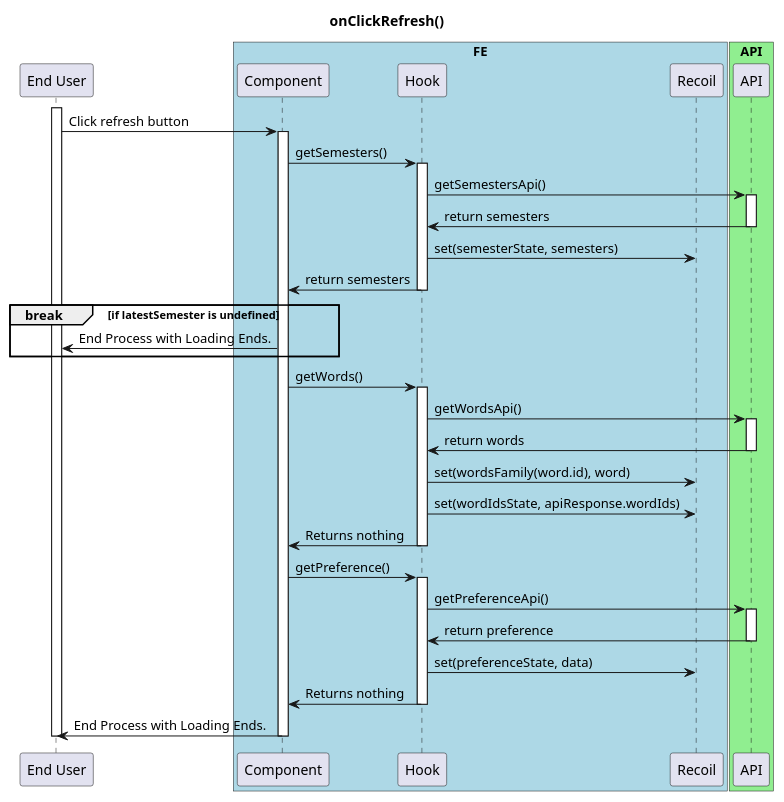
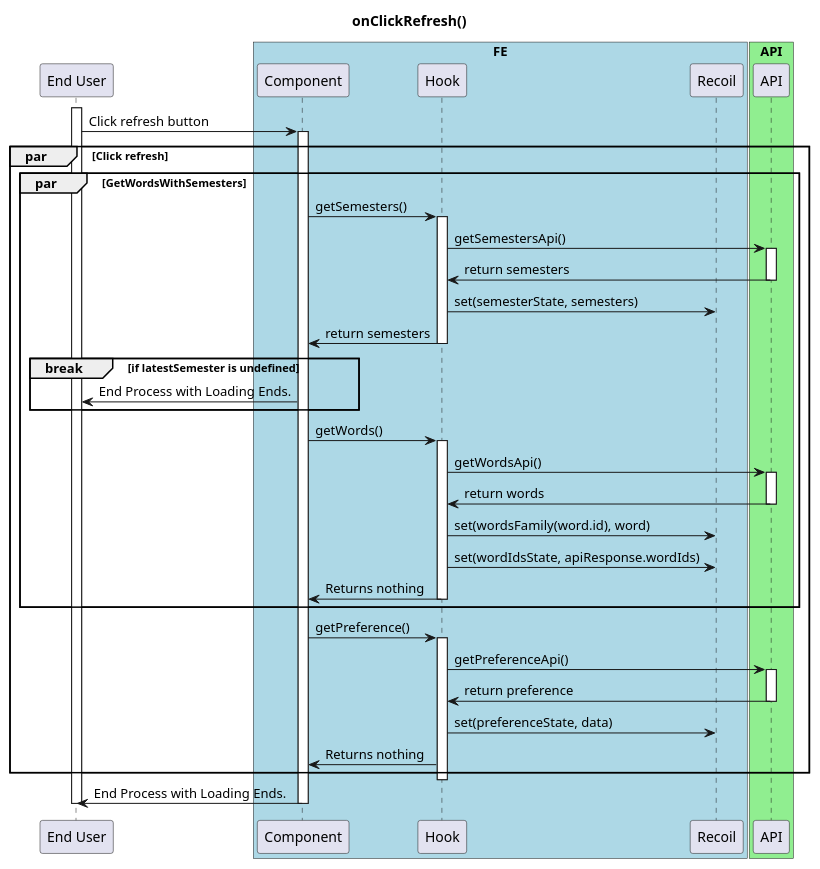
The diagram in dev/diagrams/on-click-refresh-button.md (ajktown/docs), drawn with PlantUML before and after one commit.

Commit message:
Doc click refresh button changed

````diff
--- a/dev/diagrams/on-click-refresh-button.md
+++ b/dev/diagrams/on-click-refresh-button.md
@@ -16,56 +16,60 @@
 ```plantuml
 
 @startuml
 
 title onClickRefresh()
 
 participant "End User" as user
 
 box "FE" #Lightblue
   participant "Component" as fe
   participant "Hook" as hook
   participant "Recoil" as recoil
 box
 box "API" #Lightgreen
   participant "API" as api
 box
 
 
 activate user
   user -> fe: Click refresh button
+  Par Click refresh
+  Par GetWordsWithSemesters
   activate fe
   fe -> hook: getSemesters()
     activate hook
       hook -> api: getSemestersApi()
       activate api
         hook <- api: return semesters
       deactivate api
       hook -> recoil: set(semesterState, semesters)
       fe <- hook: return semesters
     deactivate hook
   break if latestSemester is undefined
     user <- fe: End Process with Loading Ends.
   end break
     fe -> hook: getWords()
     activate hook
       hook -> api: getWordsApi()
       activate api
         hook <- api: return words
       deactivate api
       hook -> recoil: set(wordsFamily(word.id), word)
       hook -> recoil: set(wordIdsState, apiResponse.wordIds)
       fe <- hook: Returns nothing
     deactivate hook
+  end par
     fe -> hook: getPreference()
     activate hook
       hook -> api: getPreferenceApi()
       activate api
         hook <- api: return preference
       deactivate api
       hook -> recoil: set(preferenceState, data)
       fe <- hook: Returns nothing
+  end par
     deactivate hook
   user <- fe: End Process with Loading Ends.
   deactivate fe
 deactivate user
 ```
````
